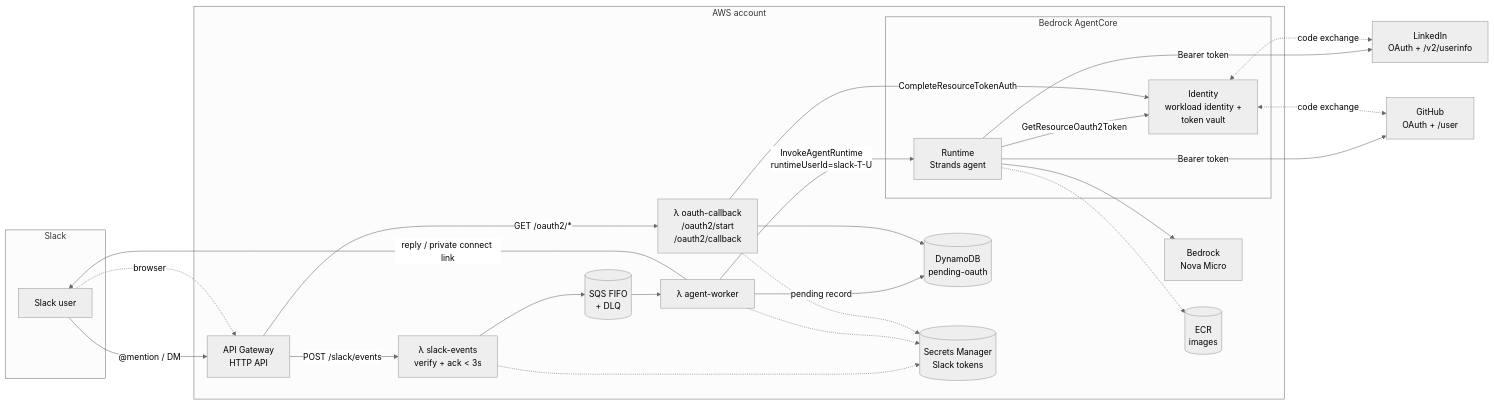
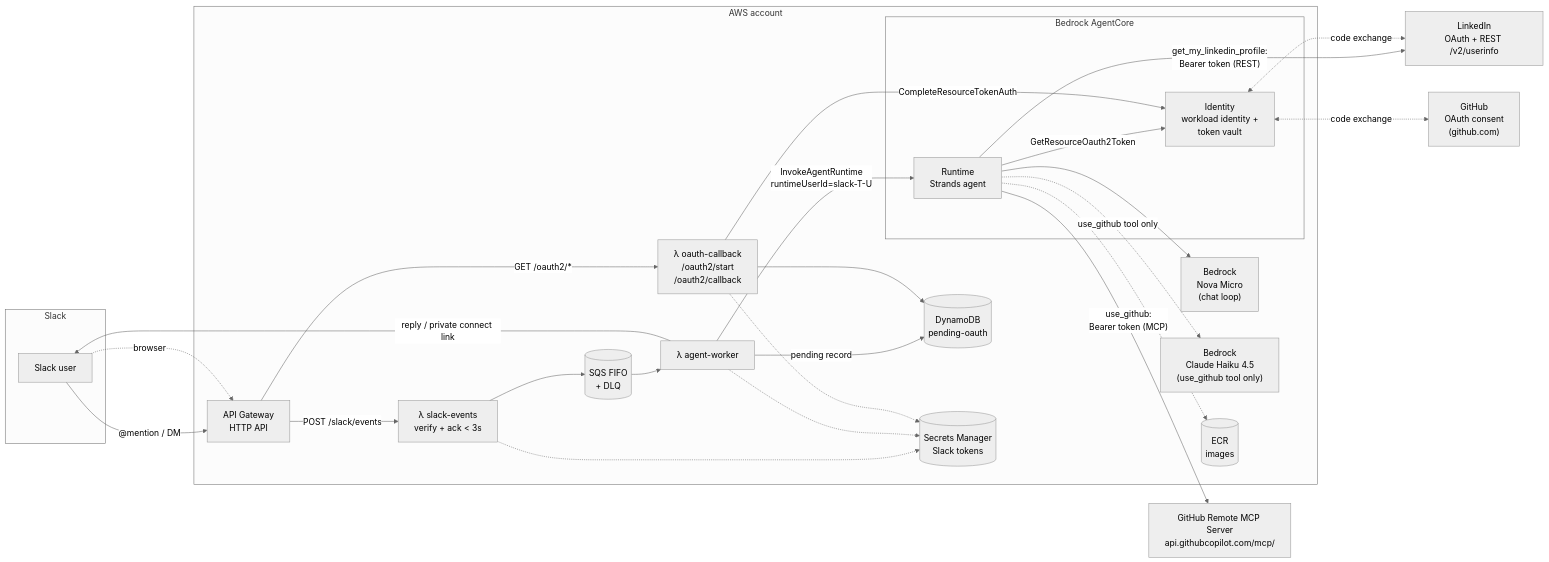
Before and after one commit to agent-runtime-labs/slack-agentcore-app: the first of 5 diagrams in docs/architecture.md, drawn with Mermaid (neutral theme). The commit also changed other lines of this file and 1 other file, not shown here.

Commit message:
Updated Architecture

````diff
--- a/docs/architecture.md
+++ b/docs/architecture.md
@@ -9,46 +12,49 @@
 ```mermaid
 flowchart LR
     subgraph Slack
         U[Slack user]
     end
 
     subgraph AWS["AWS account"]
         APIGW["API Gateway<br/>HTTP API"]
         EV["λ slack-events<br/>verify + ack < 3s"]
         Q[("SQS FIFO<br/>+ DLQ")]
         WK["λ agent-worker"]
         CB["λ oauth-callback<br/>/oauth2/start<br/>/oauth2/callback"]
         DDB[("DynamoDB<br/>pending-oauth")]
         SM[("Secrets Manager<br/>Slack tokens")]
 
         subgraph AC["Bedrock AgentCore"]
             RT["Runtime<br/>Strands agent"]
             ID["Identity<br/>workload identity +<br/>token vault"]
         end
 
-        BR["Bedrock<br/>Nova Micro"]
+        BR["Bedrock<br/>Nova Micro<br/>(chat loop)"]
+        BR2["Bedrock<br/>Claude Haiku 4.5<br/>(use_github tool only)"]
         ECR[("ECR<br/>images")]
     end
 
-    LI["LinkedIn<br/>OAuth + /v2/userinfo"]
-    GH["GitHub<br/>OAuth + /user"]
+    LI["LinkedIn<br/>OAuth + REST /v2/userinfo"]
+    GH["GitHub<br/>OAuth consent<br/>(github.com)"]
+    GHMCP["GitHub Remote MCP Server<br/>api.githubcopilot.com/mcp/"]
 
     U -- "@mention / DM" --> APIGW
     APIGW -- "POST /slack/events" --> EV
     EV --> Q --> WK
     WK -- "InvokeAgentRuntime<br/>runtimeUserId=slack-T-U" --> RT
     RT --> BR
+    RT -. "use_github tool only" .-> BR2
     RT -- "GetResourceOauth2Token" --> ID
-    RT -- "Bearer token" --> LI
-    RT -- "Bearer token" --> GH
+    RT -- "get_my_linkedin_profile:<br/>Bearer token (REST)" --> LI
+    RT -- "use_github:<br/>Bearer token (MCP)" --> GHMCP
     WK -- "pending record" --> DDB
     WK -- "reply / private connect link" --> U
     U -. "browser" .-> APIGW
     APIGW -- "GET /oauth2/*" --> CB
     CB --> DDB
     CB -- "CompleteResourceTokenAuth" --> ID
     ID <-. "code exchange" .-> LI
     ID <-. "code exchange" .-> GH
     EV & WK & CB -.-> SM
     RT -.-> ECR
 ```
````
